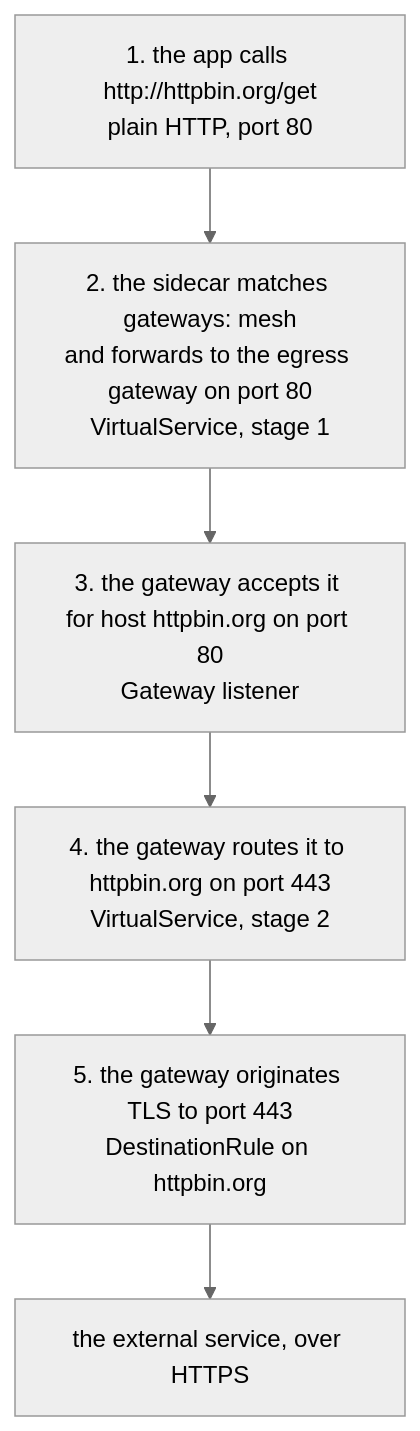
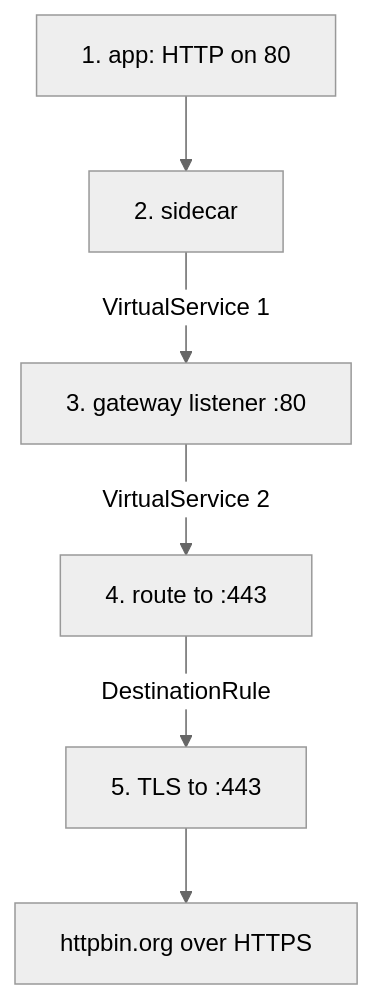
One commit to astrona-io/ATS014 changed the diagram in sections/section-080/module-02/course-01-the-five-step-chain.md. Above: the diagram before and after it, drawn with Mermaid (neutral theme). The commit also changed other lines of this file and 444 other files, not shown here.

````diff
--- a/sections/section-080/module-02/course-01-the-five-step-chain.md
+++ b/sections/section-080/module-02/course-01-the-five-step-chain.md
@@ -9,8 +7,8 @@
 ```mermaid
-flowchart TD
-    S1["1. the app calls http://httpbin.org/get<br/>plain HTTP, port 80"] --> S2["2. the sidecar matches gateways: mesh<br/>and forwards to the egress gateway on port 80<br/>VirtualService, stage 1"]
-    S2 --> S3["3. the gateway accepts it for host httpbin.org on port 80<br/>Gateway listener"]
-    S3 --> S4["4. the gateway routes it to httpbin.org on port 443<br/>VirtualService, stage 2"]
-    S4 --> S5["5. the gateway originates TLS to port 443<br/>DestinationRule on httpbin.org"]
-    S5 --> S6["the external service, over HTTPS"]
+flowchart TB
+    S1["1. app: HTTP on 80"] --> S2["2. sidecar"]
+    S2 -->|"VirtualService 1"| S3["3. gateway listener :80"]
+    S3 -->|"VirtualService 2"| S4["4. route to :443"]
+    S4 -->|"DestinationRule"| S5["5. TLS to :443"]
+    S5 --> S6["httpbin.org over HTTPS"]
 ```
````
